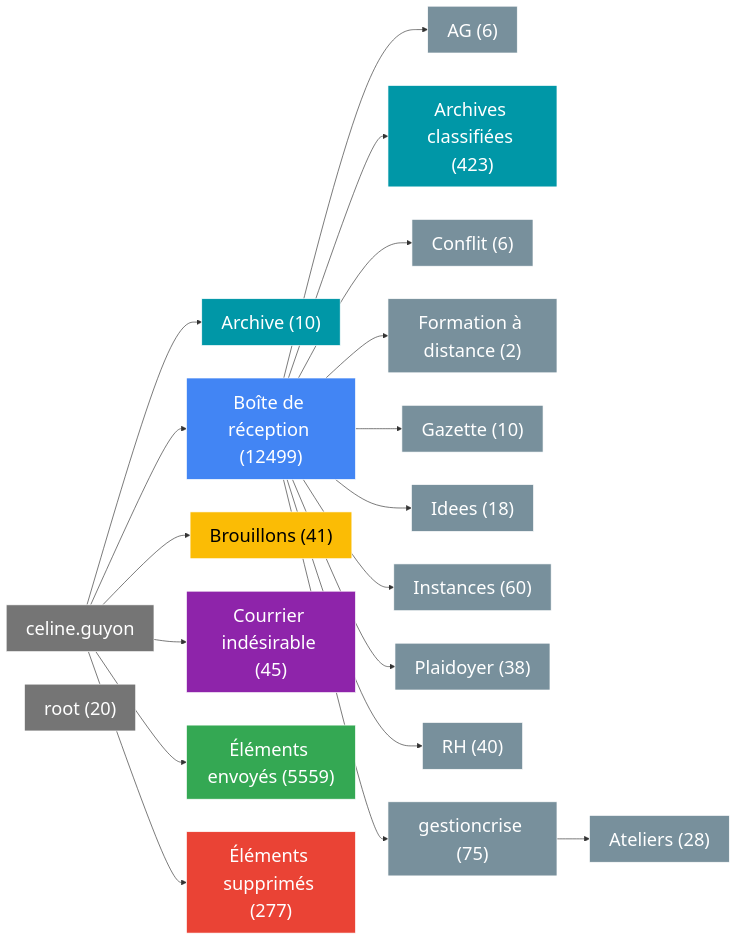
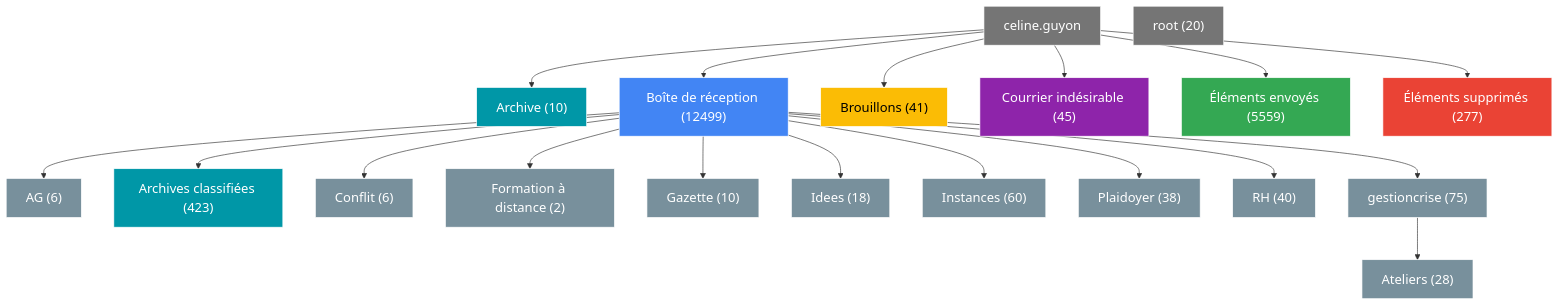
One commit to Olkoa/ArchivingEmail changed the diagram in data/Projects/Projet Demo/mail_folder_structure.mermaid. Above: the diagram before and after it, drawn with Mermaid. The commit also changed 3 other files, not shown here.

```diff
--- a/data/Projects/Projet Demo/mail_folder_structure.mermaid
+++ b/data/Projects/Projet Demo/mail_folder_structure.mermaid
@@ -1,67 +1,67 @@
-graph LR
-    classDef inbox fill:#4285F4,color:white,stroke:#fff,stroke-width:1px,font-size:28px
-    classDef sent fill:#34A853,color:white,stroke:#fff,stroke-width:1px,font-size:28px
-    classDef trash fill:#EA4335,color:white,stroke:#fff,stroke-width:1px,font-size:28px
-    classDef spam fill:#8E24AA,color:white,stroke:#fff,stroke-width:1px,font-size:28px
-    classDef drafts fill:#FBBC05,color:black,stroke:#fff,stroke-width:1px,font-size:28px
-    classDef archive fill:#0097A7,color:white,stroke:#fff,stroke-width:1px,font-size:28px
-    classDef root fill:#757575,color:white,stroke:#fff,stroke-width:1px,font-size:28px
-    classDef subFolder fill:#78909C,color:white,stroke:#fff,stroke-width:1px,font-size:28px
+graph TD
+    classDef inbox fill:#4285F4,color:white,stroke:#fff,stroke-width:1px,font-size:20px
+    classDef sent fill:#34A853,color:white,stroke:#fff,stroke-width:1px,font-size:20px
+    classDef trash fill:#EA4335,color:white,stroke:#fff,stroke-width:1px,font-size:20px
+    classDef spam fill:#8E24AA,color:white,stroke:#fff,stroke-width:1px,font-size:20px
+    classDef drafts fill:#FBBC05,color:black,stroke:#fff,stroke-width:1px,font-size:20px
+    classDef archive fill:#0097A7,color:white,stroke:#fff,stroke-width:1px,font-size:20px
+    classDef root fill:#757575,color:white,stroke:#fff,stroke-width:1px,font-size:20px
+    classDef subFolder fill:#78909C,color:white,stroke:#fff,stroke-width:1px,font-size:20px
 
     celine.guyon["celine.guyon"]
     celine.guyon_Archive["Archive (10)"]
     celine.guyon_Boite_de_reception["Boîte de réception (12499)"]
     celine.guyon_Boite_de_reception_AG["AG (6)"]
     celine.guyon_Boite_de_reception_Archives_classifiees["Archives classifiées (423)"]
     celine.guyon_Boite_de_reception_Conflit["Conflit (6)"]
     celine.guyon_Boite_de_reception_Formation_a_distance["Formation à distance (2)"]
     celine.guyon_Boite_de_reception_Gazette["Gazette (10)"]
     celine.guyon_Boite_de_reception_Idees["Idees (18)"]
     celine.guyon_Boite_de_reception_Instances["Instances (60)"]
     celine.guyon_Boite_de_reception_Plaidoyer["Plaidoyer (38)"]
     celine.guyon_Boite_de_reception_RH["RH (40)"]
     celine.guyon_Boite_de_reception_gestioncrise["gestioncrise (75)"]
     celine.guyon_Boite_de_reception_gestioncrise_Ateliers["Ateliers (28)"]
     celine.guyon_Brouillons["Brouillons (41)"]
     celine.guyon_Courrier_indesirable["Courrier indésirable (45)"]
     celine.guyon_Élements_envoyes["Éléments envoyés (5559)"]
     celine.guyon_Élements_supprimes["Éléments supprimés (277)"]
     root["root (20)"]
 
     celine.guyon --> celine.guyon_Archive
     celine.guyon --> celine.guyon_Boite_de_reception
     celine.guyon --> celine.guyon_Brouillons
     celine.guyon --> celine.guyon_Courrier_indesirable
     celine.guyon --> celine.guyon_Élements_envoyes
     celine.guyon --> celine.guyon_Élements_supprimes
     celine.guyon_Boite_de_reception --> celine.guyon_Boite_de_reception_AG
     celine.guyon_Boite_de_reception --> celine.guyon_Boite_de_reception_Archives_classifiees
     celine.guyon_Boite_de_reception --> celine.guyon_Boite_de_reception_Conflit
     celine.guyon_Boite_de_reception --> celine.guyon_Boite_de_reception_Formation_a_distance
     celine.guyon_Boite_de_reception --> celine.guyon_Boite_de_reception_Gazette
     celine.guyon_Boite_de_reception --> celine.guyon_Boite_de_reception_Idees
     celine.guyon_Boite_de_reception --> celine.guyon_Boite_de_reception_Instances
     celine.guyon_Boite_de_reception --> celine.guyon_Boite_de_reception_Plaidoyer
     celine.guyon_Boite_de_reception --> celine.guyon_Boite_de_reception_RH
     celine.guyon_Boite_de_reception --> celine.guyon_Boite_de_reception_gestioncrise
     celine.guyon_Boite_de_reception_gestioncrise --> celine.guyon_Boite_de_reception_gestioncrise_Ateliers
 
     celine.guyon:::root
     celine.guyon_Archive:::archive
     celine.guyon_Boite_de_reception:::inbox
     celine.guyon_Boite_de_reception_AG:::subFolder
     celine.guyon_Boite_de_reception_Archives_classifiees:::archive
     celine.guyon_Boite_de_reception_Conflit:::subFolder
     celine.guyon_Boite_de_reception_Formation_a_distance:::subFolder
     celine.guyon_Boite_de_reception_Gazette:::subFolder
     celine.guyon_Boite_de_reception_Idees:::subFolder
     celine.guyon_Boite_de_reception_Instances:::subFolder
     celine.guyon_Boite_de_reception_Plaidoyer:::subFolder
     celine.guyon_Boite_de_reception_RH:::subFolder
     celine.guyon_Boite_de_reception_gestioncrise:::subFolder
     celine.guyon_Boite_de_reception_gestioncrise_Ateliers:::subFolder
     celine.guyon_Brouillons:::drafts
     celine.guyon_Courrier_indesirable:::spam
     celine.guyon_Élements_envoyes:::sent
     celine.guyon_Élements_supprimes:::trash
     root:::root
```
